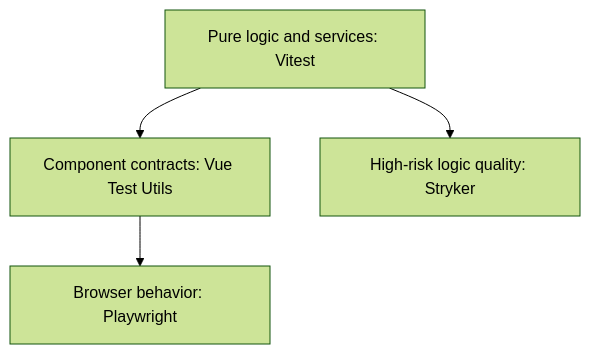
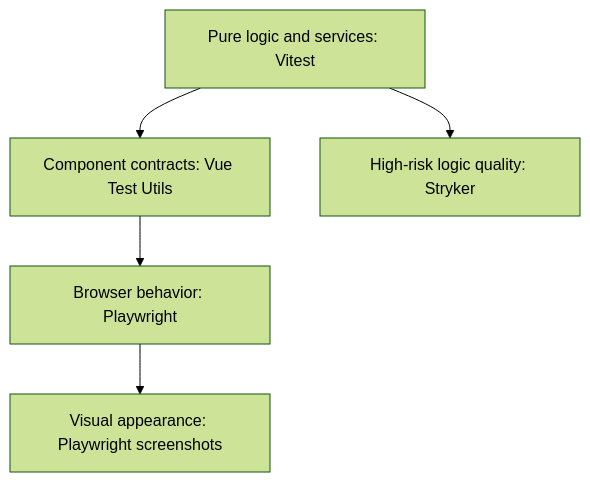
Before and after one commit to Mioframe/mioframe: the diagram in DEVELOPMENT.md, drawn with Mermaid (forest theme). The commit also changed other lines of this file, not shown here.

Commit message:
docs(testing): document visual regression workflow

````diff
--- a/DEVELOPMENT.md
+++ b/DEVELOPMENT.md
@@ -149,6 +149,7 @@
 ```mermaid
 graph TB
     A[Pure logic and services: Vitest] --> B[Component contracts: Vue Test Utils]
     B --> C[Browser behavior: Playwright]
-    A --> D[High-risk logic quality: Stryker]
+    C --> D[Visual appearance: Playwright screenshots]
+    A --> E[High-risk logic quality: Stryker]
 ```
````
